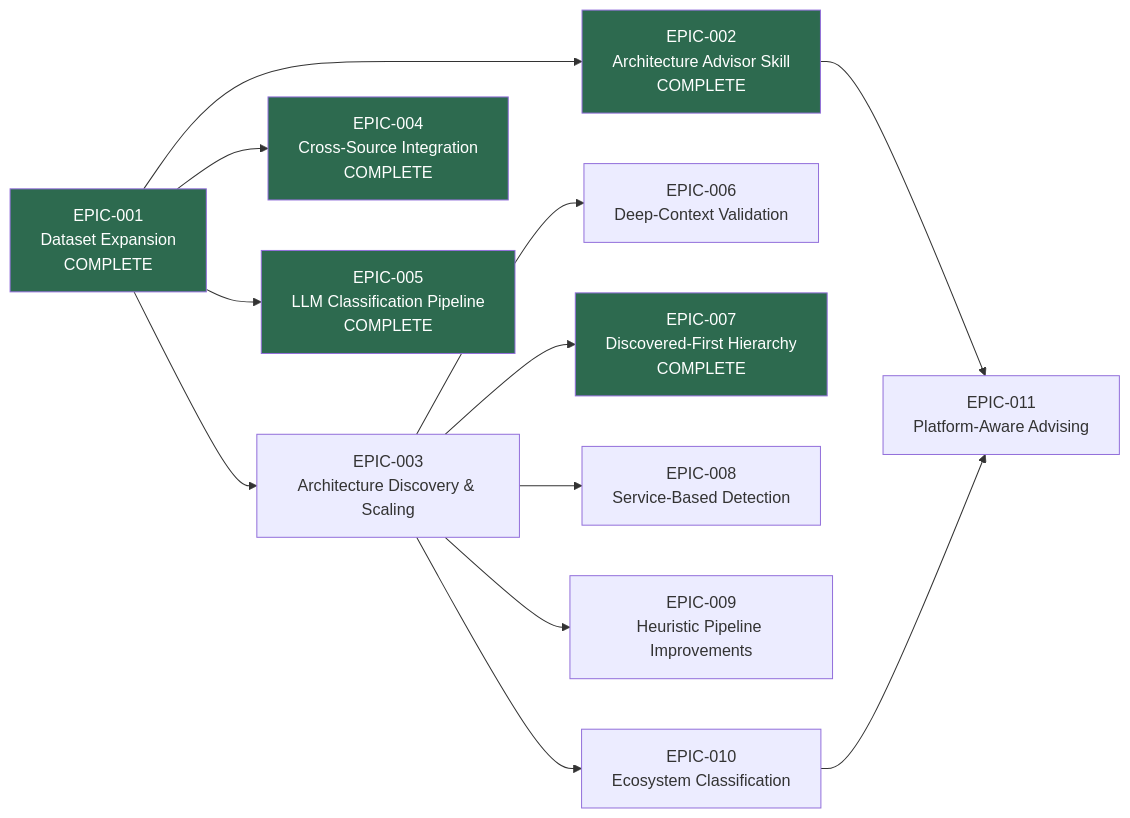
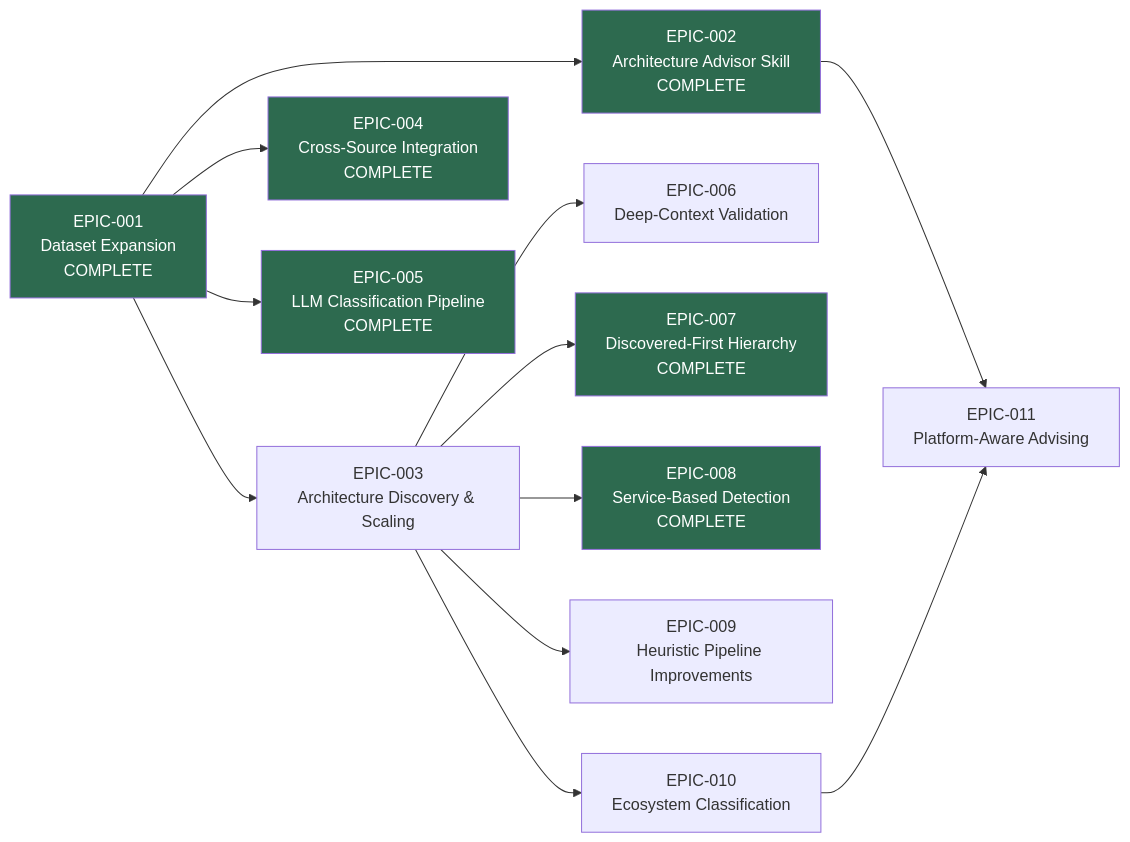
The diagram in docs/vision/(VISION-001)-Evidence-Based-Architecture-Decision-Platform/roadmap.md (cristoslc/architecture-reference), drawn with Mermaid before and after one commit. The commit also changed other lines of this file, not shown here.

Commit message:
Fix stale roadmap references for EPIC-008 Complete transition
Update Mermaid diagram label, style, link path, and status column.

````diff
--- a/docs/vision/(VISION-001)-Evidence-Based-Architecture-Decision-Platform/roadmap.md
+++ b/docs/vision/(VISION-001)-Evidence-Based-Architecture-Decision-Platform/roadmap.md
@@ -7,19 +7,20 @@
 ```mermaid
 graph LR
     E1[EPIC-001<br/>Dataset Expansion<br/>COMPLETE] --> E2[EPIC-002<br/>Architecture Advisor Skill<br/>COMPLETE]
     E1 --> E3[EPIC-003<br/>Architecture Discovery & Scaling]
     E1 --> E4[EPIC-004<br/>Cross-Source Integration<br/>COMPLETE]
     E1 --> E5[EPIC-005<br/>LLM Classification Pipeline<br/>COMPLETE]
     E3 --> E6[EPIC-006<br/>Deep-Context Validation]
     E3 --> E7[EPIC-007<br/>Discovered-First Hierarchy<br/>COMPLETE]
-    E3 --> E8[EPIC-008<br/>Service-Based Detection]
+    E3 --> E8[EPIC-008<br/>Service-Based Detection<br/>COMPLETE]
     E3 --> E9[EPIC-009<br/>Heuristic Pipeline Improvements]
     E3 --> E10[EPIC-010<br/>Ecosystem Classification]
     E2 --> E11[EPIC-011<br/>Platform-Aware Advising]
     E10 --> E11
     style E1 fill:#2d6a4f,color:#fff
     style E2 fill:#2d6a4f,color:#fff
     style E4 fill:#2d6a4f,color:#fff
     style E5 fill:#2d6a4f,color:#fff
     style E7 fill:#2d6a4f,color:#fff
+    style E8 fill:#2d6a4f,color:#fff
 ```
````
